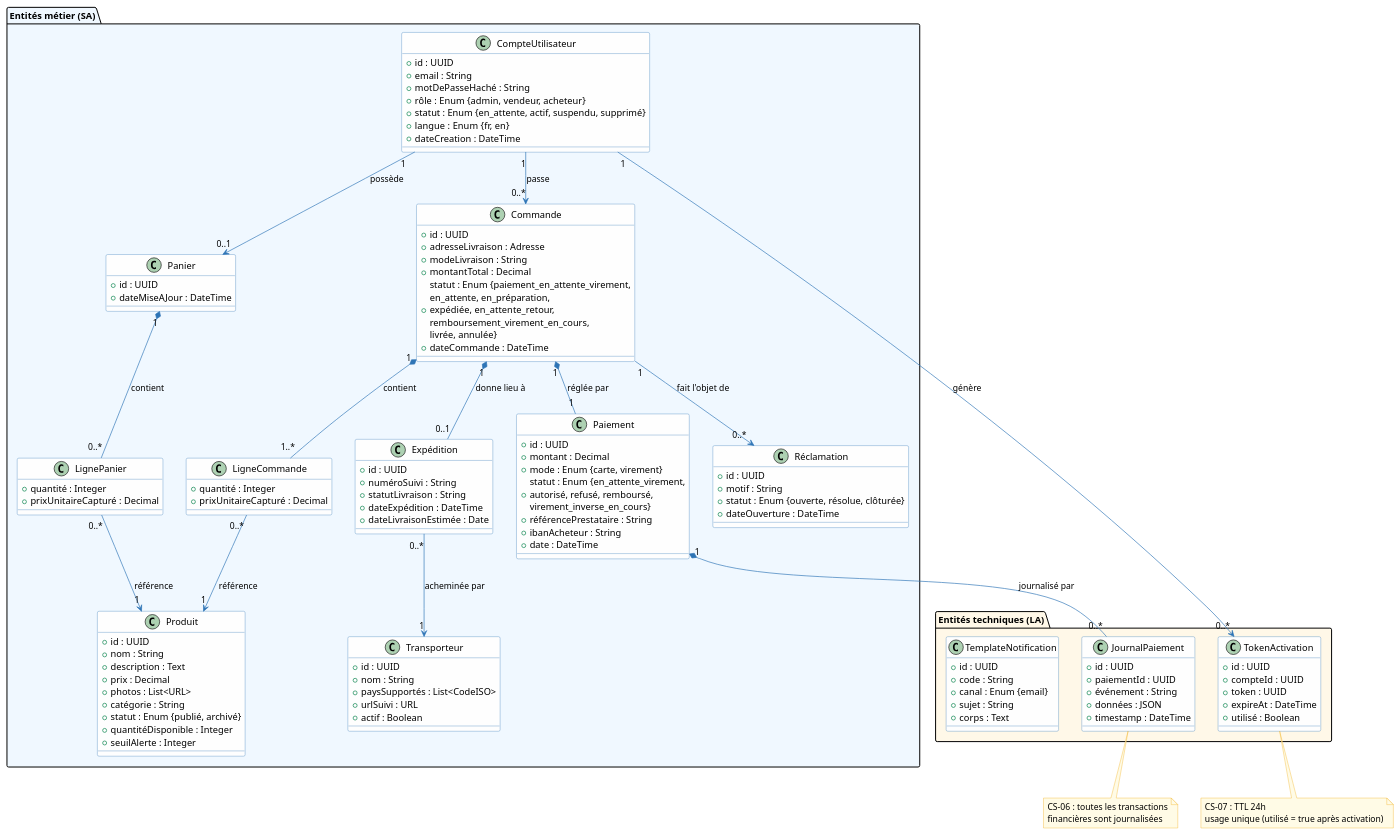
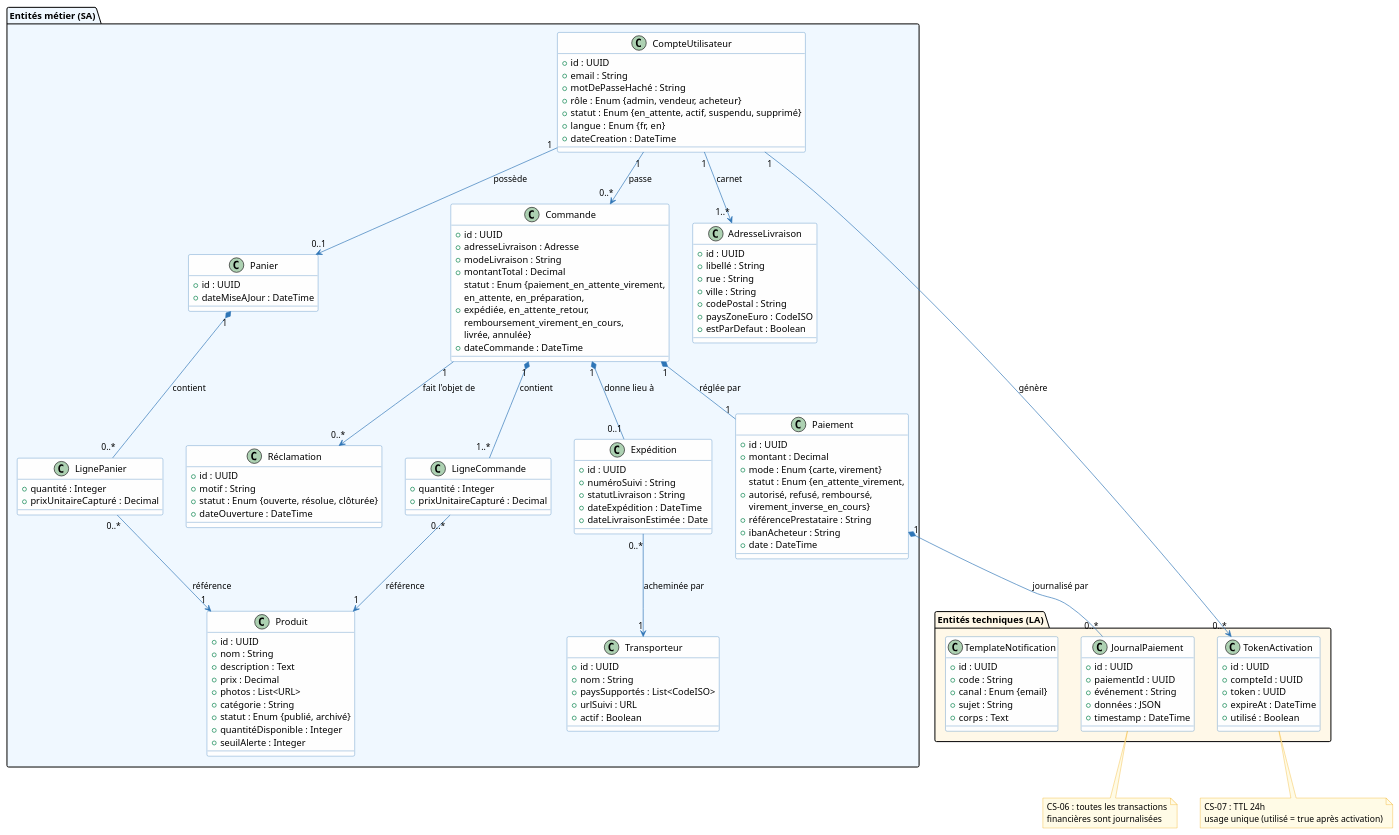
The seventh of 7 diagrams in architecture/03-logical-architecture/la.adoc (louistalvande/online_shop), drawn with PlantUML before and after one commit. The commit also changed other lines of this file and 4 other files, not shown here.

```diff
--- a/architecture/03-logical-architecture/la.adoc
+++ b/architecture/03-logical-architecture/la.adoc
@@ -611,6 +611,16 @@
     + statut : Enum {en_attente, actif, suspendu, supprimé}
     + langue : Enum {fr, en}
     + dateCreation : DateTime
+  }
+
+  class AdresseLivraison {
+    + id : UUID
+    + libellé : String
+    + rue : String
+    + ville : String
+    + codePostal : String
+    + paysZoneEuro : CodeISO
+    + estParDefaut : Boolean
   }
 
   class Produit {
@@ -711,6 +721,7 @@
 }
 
 CompteUtilisateur "1" --> "0..*" TokenActivation : génère
+CompteUtilisateur "1" --> "1..*" AdresseLivraison : carnet
 CompteUtilisateur "1" --> "0..1" Panier : possède
 CompteUtilisateur "1" --> "0..*" Commande : passe
 Panier "1" *-- "0..*" LignePanier : contient
```
